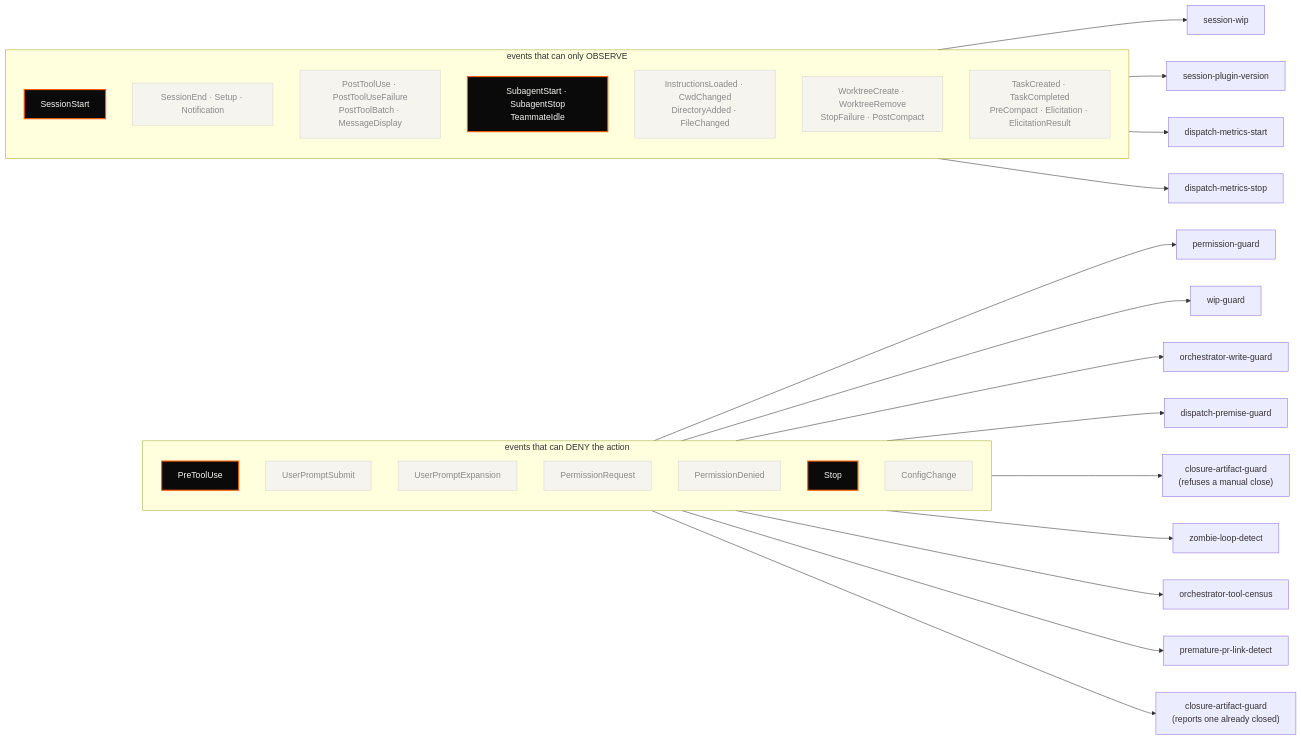
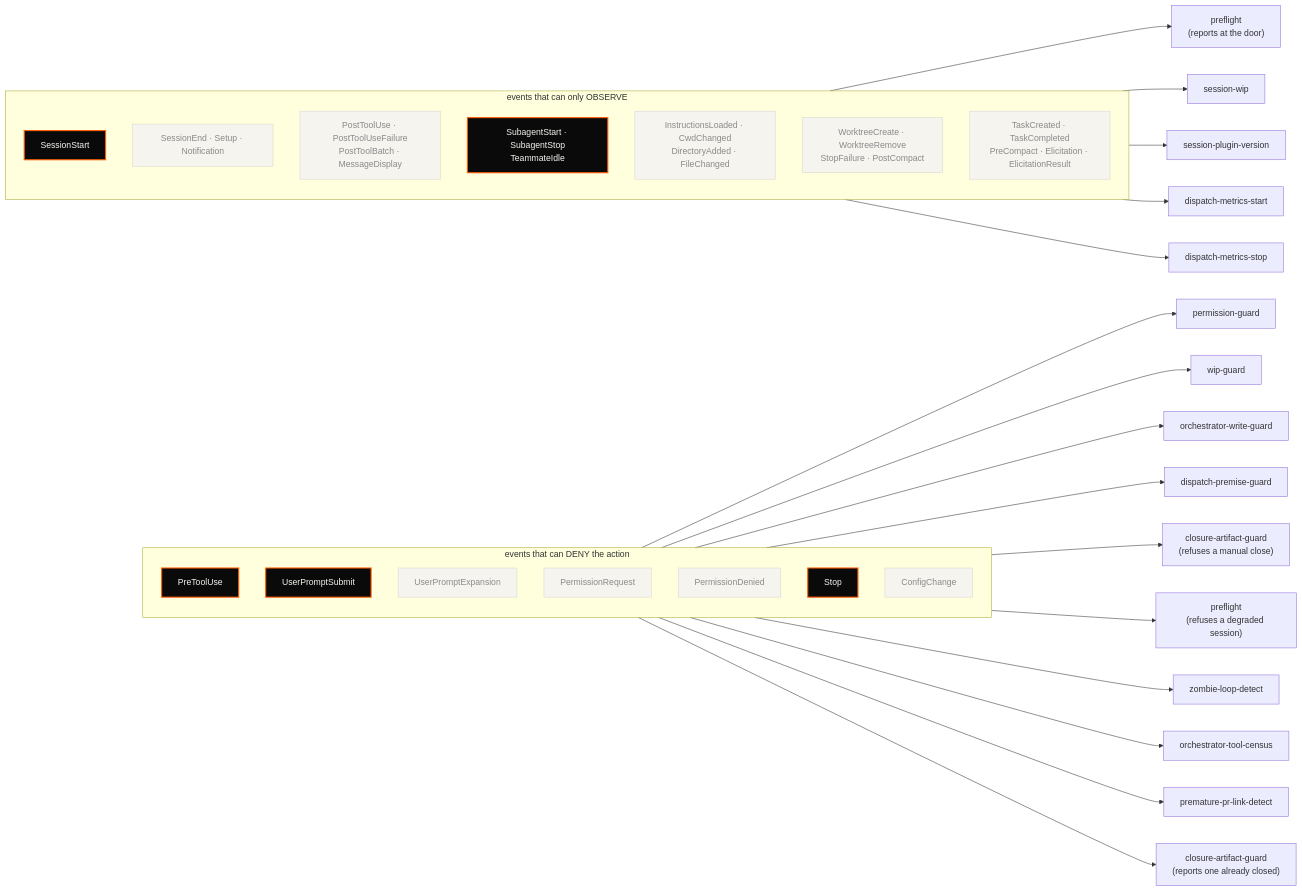
One commit to tedeuxx/tadeumendonca-skills changed the fourth of 5 diagrams in README.md. Above: the diagram before and after it, drawn with Mermaid. The commit also changed other lines of this file and 7 other files, not shown here.

````diff
--- a/README.md
+++ b/README.md
@@ -953,57 +955,61 @@
 ```mermaid
 flowchart LR
   classDef used fill:#0A0A0A,color:#F5F4EF,stroke:#FF5A00,stroke-width:2px
   classDef idle fill:#F5F4EF,color:#8A8A8A,stroke:#D8D6CE
 
   subgraph BLOCK["events that can DENY the action"]
     direction TB
     E1["PreToolUse"]
-    E2["UserPromptSubmit"]:::idle
+    E2["UserPromptSubmit"]
     E3["UserPromptExpansion"]:::idle
     E4["PermissionRequest"]:::idle
     E5["PermissionDenied"]:::idle
     E6["Stop"]
     E7["ConfigChange"]:::idle
   end
 
   subgraph OBS["events that can only OBSERVE"]
     direction TB
     O1["SessionStart"]
     O2["SessionEnd · Setup · Notification"]:::idle
     O3["PostToolUse · PostToolUseFailure<br/>PostToolBatch · MessageDisplay"]:::idle
     O4["SubagentStart · SubagentStop<br/>TeammateIdle"]:::idle
     O5["InstructionsLoaded · CwdChanged<br/>DirectoryAdded · FileChanged"]:::idle
     O6["WorktreeCreate · WorktreeRemove<br/>StopFailure · PostCompact"]:::idle
     O7["TaskCreated · TaskCompleted<br/>PreCompact · Elicitation · ElicitationResult"]:::idle
   end
 
   H1["permission-guard"]
   H2["wip-guard"]
   H3["session-wip"]
   H4["session-plugin-version"]
   H5["dispatch-metrics-start"]
   H6["dispatch-metrics-stop"]
   H7["zombie-loop-detect"]
   H8["orchestrator-write-guard"]
   H9["orchestrator-tool-census"]
   H10["premature-pr-link-detect"]
   H11["dispatch-premise-guard"]
   H12["closure-artifact-guard<br/>(refuses a manual close)"]
   H13["closure-artifact-guard<br/>(reports one already closed)"]
+  H14["preflight<br/>(refuses a degraded session)"]
+  H15["preflight<br/>(reports at the door)"]
 
   E1 --> H1
   E1 --> H2
   E1 --> H8
   E1 --> H11
   E1 --> H12
+  E2 --> H14
+  O1 --> H15
   O1 --> H3
   O1 --> H4
   O4 --> H5
   O4 --> H6
   E6 --> H7
   E6 --> H9
   E6 --> H10
   E6 --> H13
 
-  class E1,O1,O4,E6 used
+  class E1,E2,O1,O4,E6 used
 ```
````
